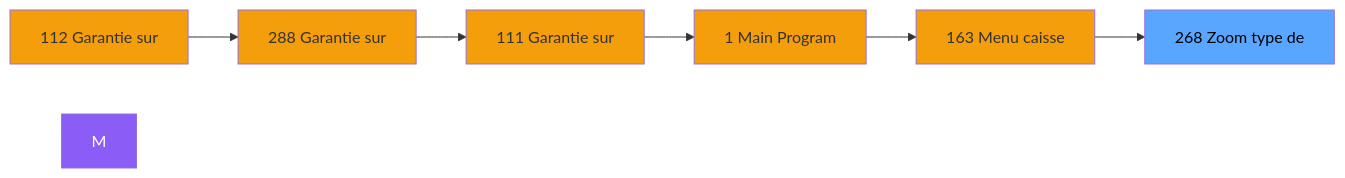
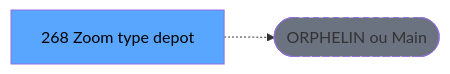
One commit to thonyAGP/lecteur-magic changed the second of 3 diagrams in .openspec/specs/ADH-IDE-268.md. Above: the diagram before and after it, drawn with Mermaid. The commit also changed other lines of this file and 701 other files, not shown here.

````diff
--- a/.openspec/specs/ADH-IDE-268.md
+++ b/.openspec/specs/ADH-IDE-268.md
@@ -121,21 +117,8 @@
 ```mermaid
 graph LR
-    N112[112 Garantie sur]
-    N288[288 Garantie sur]
-    N111[111 Garantie sur]
-    N1[1 Main Program]
-    N163[163 Menu caisse ]
-    T[268 Zoom type de]
-    N112 --> N288
-    N288 --> N111
-    N111 --> N1
-    N1 --> N163
-    N163 --> T
-    style M fill:#8b5cf6,color:#fff
-    style N112 fill:#f59e0b
-    style N288 fill:#f59e0b
-    style N111 fill:#f59e0b
-    style N1 fill:#f59e0b
-    style N163 fill:#f59e0b
+    T[268 Zoom type depot]
+    ORPHAN([ORPHELIN ou Main])
+    T -.-> ORPHAN
     style T fill:#58a6ff,color:#000
+    style ORPHAN fill:#6b7280,stroke-dasharray: 5 5
 ```
````
